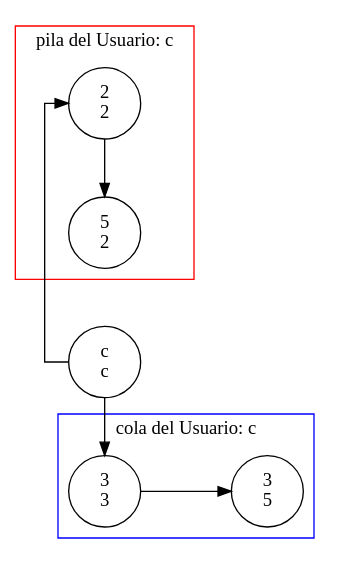
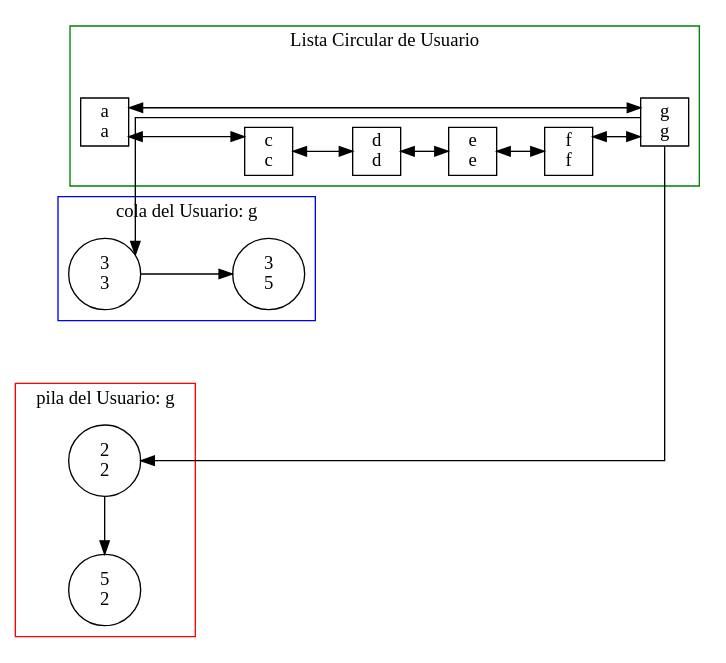
One commit to 6mmario/Practica1 changed the diagram in Practica1_283/img/ListaCircular.dot. Above: the diagram before and after it, drawn with Graphviz. The commit also changed 5 other files, not shown here.

```diff
--- a/Practica1_283/img/ListaCircular.dot
+++ b/Practica1_283/img/ListaCircular.dot
@@ -1,24 +1,35 @@
 digraph listaUsuarios {
 rankdir = LR
 size = "100,100" 
 nodesep = 0.6
 splines=ortho
 fontname = Marvel
+subgraph cluster_lc {
+node [margin=0 fontname=Marvel fontsize=14 width=0.5 shape=rectangle ]
+"a \n a"->"c \n c" [dir = "both"]
+"c \n c"->"d \n d" [dir = "both"]
+"d \n d"->"e \n e" [dir = "both"]
+"e \n e"->"f \n f" [dir = "both"]
+"f \n f"->"g \n g" [dir = "both"]
+"g \n g"->"a \n a" [dir = "both"]
+color=green
+label = "Lista Circular de Usuario"
+}
 cola1[ label = "3\n3"]
-"c \n c"->cola1 [constraint = false]
+"g \n g"->cola1 [constraint = false]
 subgraph cluster_c1{
 cola2[ label = "3\n5"]
 cola1-> cola2
 color=blue
-label = "cola del Usuario: c"
+label = "cola del Usuario: g"
 }
 pila1[ label = "2\n2"]
-"c \n c"->pila1 [constraint = false]
+"g \n g"->pila1 [constraint = false]
 subgraph cluster_p1{
 pila2[ label = "5\n2"]
 pila1-> pila2 [constraint = false]
 color=red
-label = "pila del Usuario: c"
+label = "pila del Usuario: g"
 }
 
 }
```
